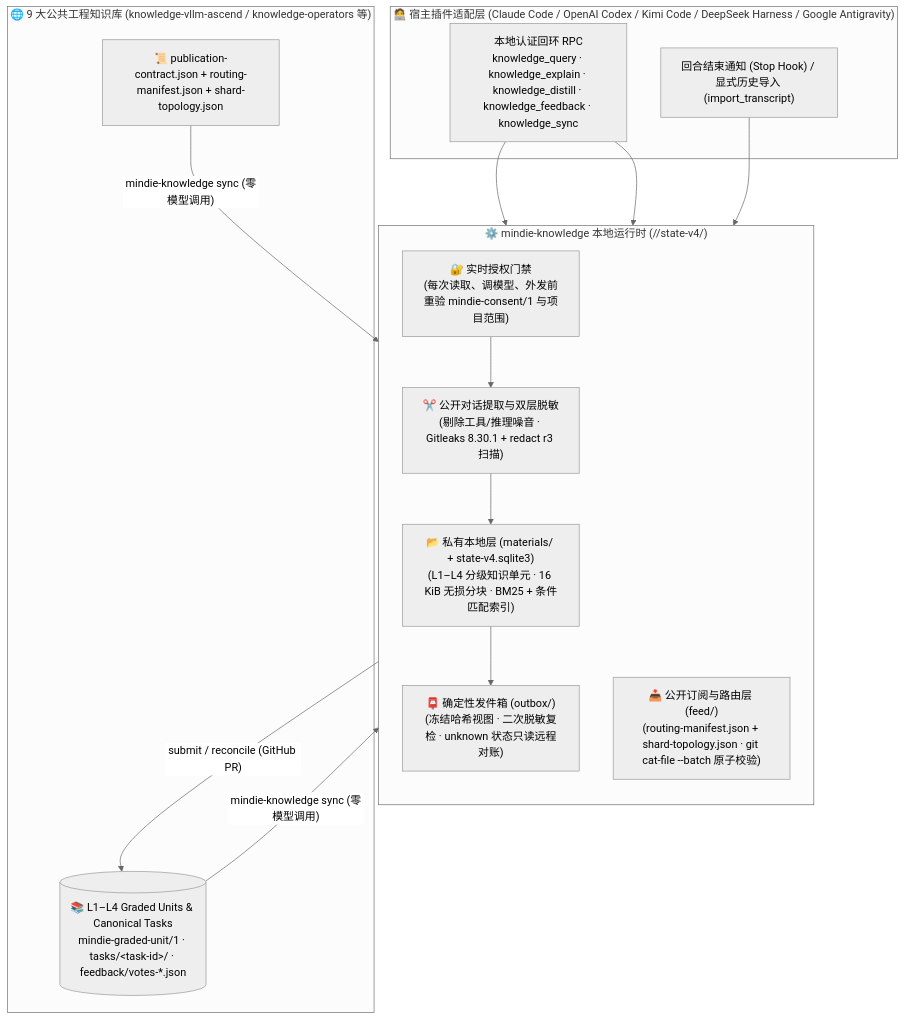
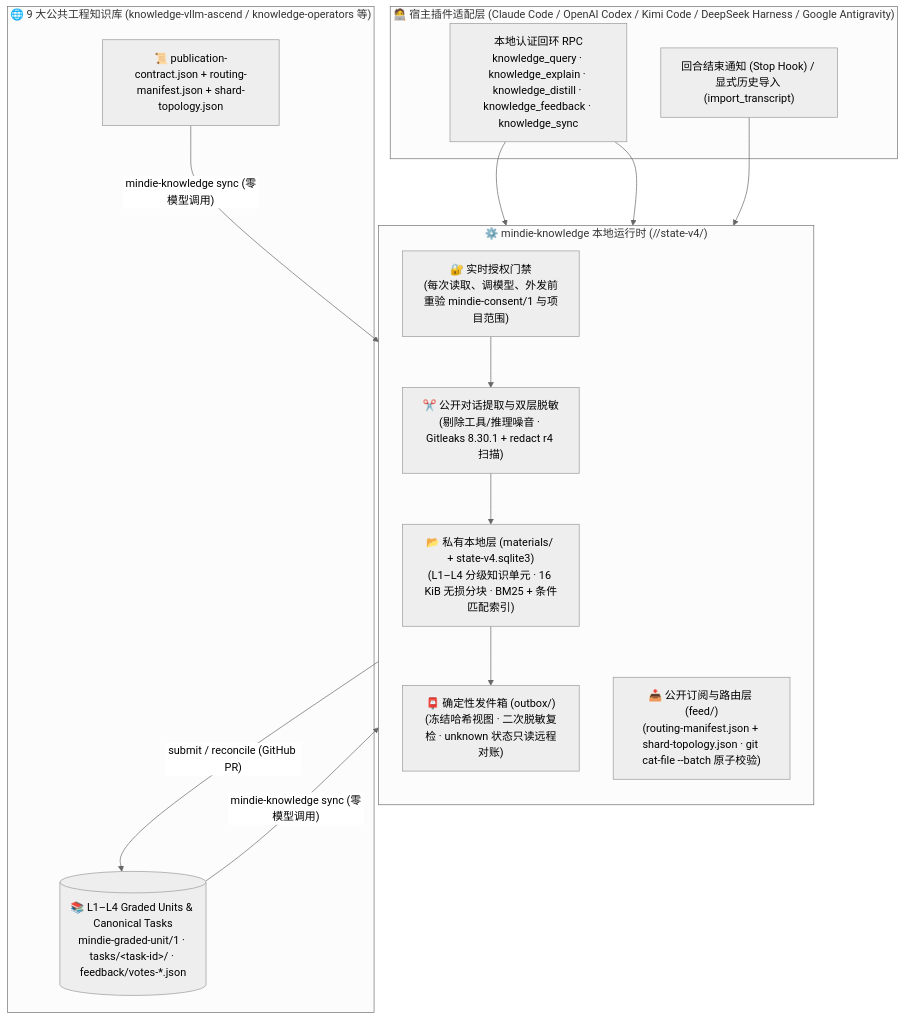
Before and after one commit to mindie-agent/knowledge: the diagram in README.md, drawn with Mermaid (neutral theme). The commit also changed other lines of this file and 55 other files, not shown here.

````diff
--- a/README.md
+++ b/README.md
@@ -114,28 +114,28 @@
 ```mermaid
 flowchart TB
   subgraph Clients["🧑‍💻 宿主插件适配层 (Claude Code / OpenAI Codex / Kimi Code / DeepSeek Harness / Google Antigravity)"]
     MCP["本地认证回环 RPC<br/>knowledge_query · knowledge_explain · knowledge_distill · knowledge_feedback · knowledge_sync"]
     Hook["回合结束通知 (Stop Hook) / 显式历史导入 (import_transcript)"]
   end
 
   subgraph Engine["⚙️ mindie-knowledge 本地运行时 (<root>/<domain>/state-v4/)"]
     direction TB
     Gate["🔐 实时授权门禁<br/>(每次读取、调模型、外发前重验 mindie-consent/1 与项目范围)"]
-    Proj["✂️ 公开对话提取与双层脱敏<br/>(剔除工具/推理噪音 · Gitleaks 8.30.1 + redact r3 扫描)"]
+    Proj["✂️ 公开对话提取与双层脱敏<br/>(剔除工具/推理噪音 · Gitleaks 8.30.1 + redact r4 扫描)"]
     Mat["📂 私有本地层 (materials/ + state-v4.sqlite3)<br/>(L1–L4 分级知识单元 · 16 KiB 无损分块 · BM25 + 条件匹配索引)"]
     Out["📮 确定性发件箱 (outbox/)<br/>(冻结哈希视图 · 二次脱敏复检 · unknown 状态只读远程对账)"]
     FeedCache["📥 公开订阅与路由层 (feed/)<br/>(routing-manifest.json + shard-topology.json · git cat-file --batch 原子校验)"]
 
     Gate --> Proj --> Mat --> Out
   end
 
   subgraph Upstream["🌐 9 大公共工程知识库 (knowledge-vllm-ascend / knowledge-operators 等)"]
     Contract["📜 publication-contract.json + routing-manifest.json + shard-topology.json"]
     Tasks[("📚 L1–L4 Graded Units & Canonical Tasks<br/>mindie-graded-unit/1 · tasks/&lt;task-id&gt;/ · feedback/votes-*.json")]
   end
 
   MCP --> Mat & FeedCache
   Hook --> Gate
   Out -- "submit / reconcile (GitHub PR)" --> Tasks
   Contract & Tasks -- "mindie-knowledge sync (零模型调用)" --> FeedCache
 ```
````
